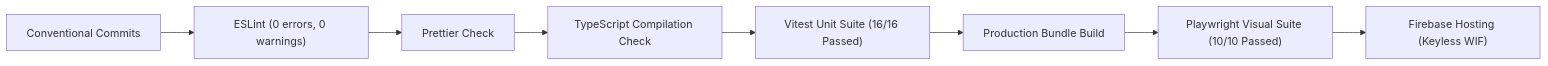
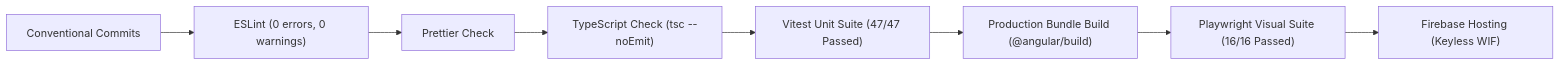
The third of 3 diagrams in README.md (himanshusaraswat/prj-generic-gallery), drawn with Mermaid before and after one commit. The commit also changed other lines of this file and 5 other files, not shown here.

First line of the commit message:
docs: modernize README with enterprise architecture, circuit breaker state diagram, and scaffold

````diff
--- a/README.md
+++ b/README.md
@@ -117,10 +194,10 @@
 ```mermaid
 flowchart LR
     COMMIT["Conventional Commits"] --> LINT["ESLint (0 errors, 0 warnings)"]
     LINT --> FMT["Prettier Check"]
-    FMT --> TC["TypeScript Compilation Check"]
-    TC --> UNIT["Vitest Unit Suite (16/16 Passed)"]
-    UNIT --> BUILD["Production Bundle Build"]
-    BUILD --> VISUAL["Playwright Visual Suite (10/10 Passed)"]
+    FMT --> TC["TypeScript Check (tsc --noEmit)"]
+    TC --> UNIT["Vitest Unit Suite (47/47 Passed)"]
+    UNIT --> BUILD["Production Bundle Build (@angular/build)"]
+    BUILD --> VISUAL["Playwright Visual Suite (16/16 Passed)"]
     VISUAL --> DEPLOY["Firebase Hosting (Keyless WIF)"]
 ```
````
